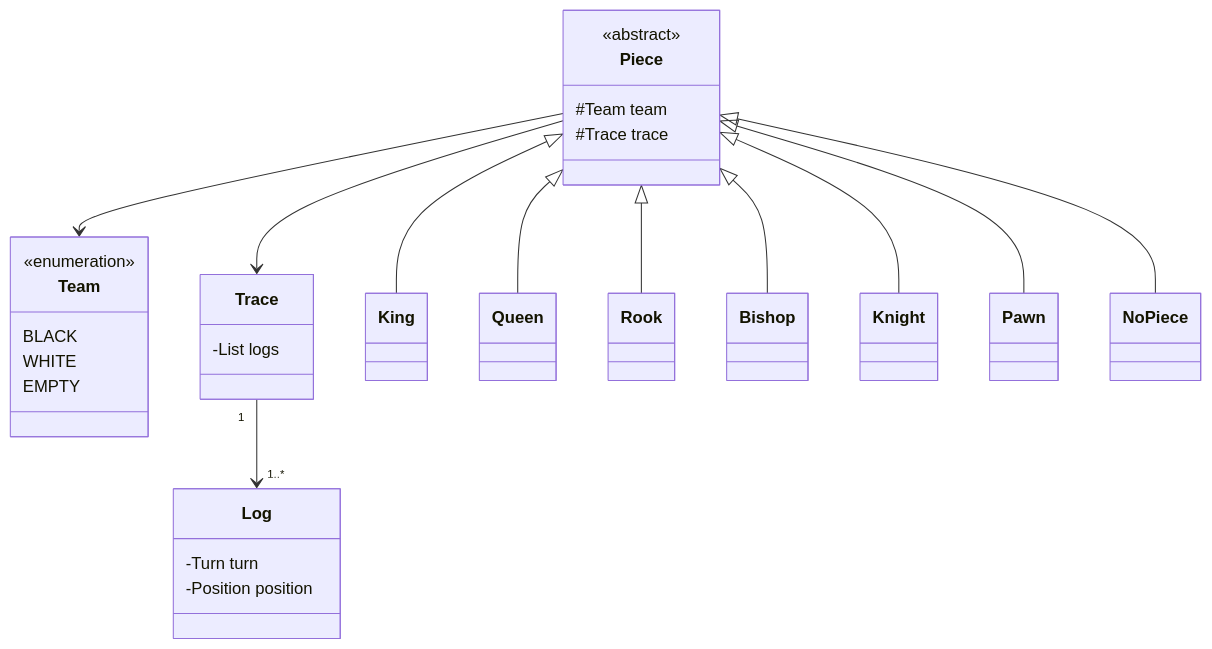
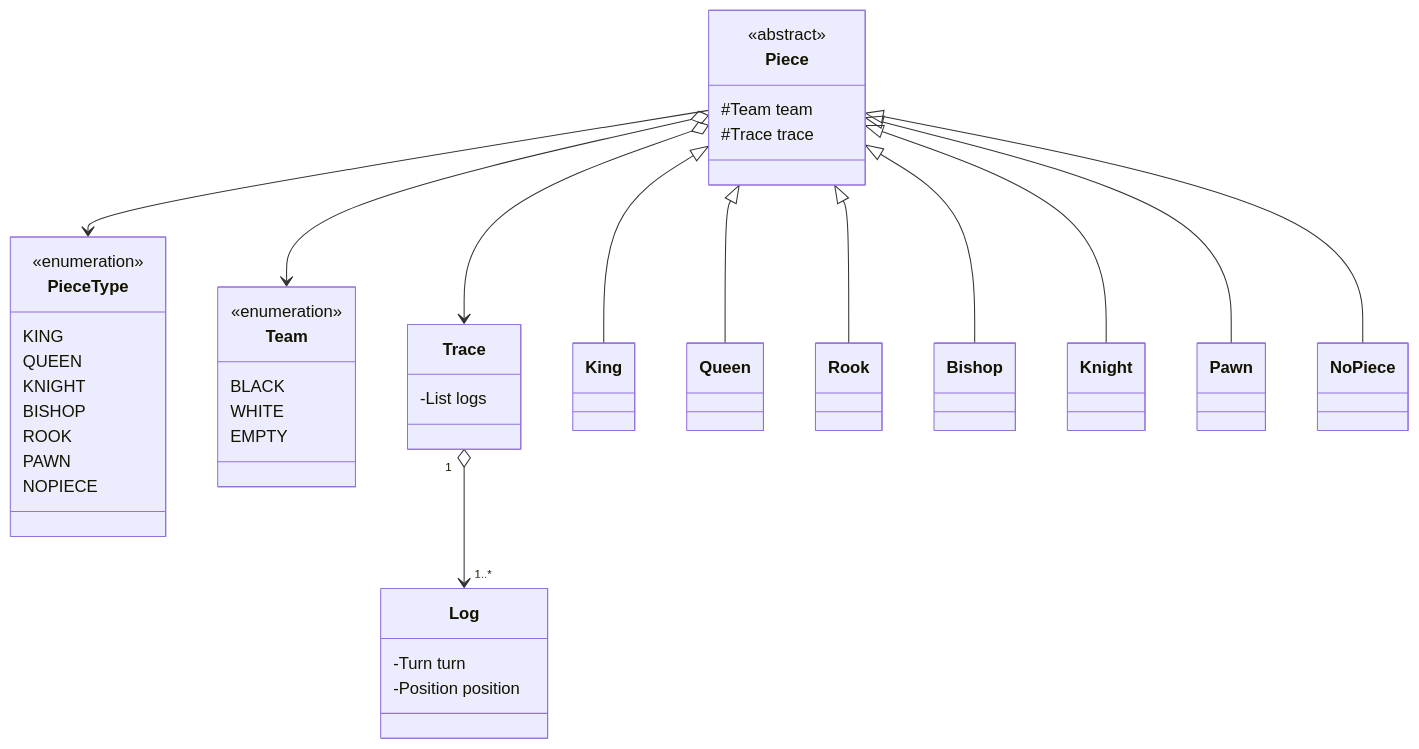
The fourth of 6 diagrams in docs/README.md (woowacourse/java-chess), drawn with Mermaid before and after one commit. The commit also changed other lines of this file, not shown here.

````diff
--- a/docs/README.md
+++ b/docs/README.md
@@ -178,44 +250,56 @@
 ```mermaid
 classDiagram
 
 class Piece{
   <<abstract>>
   #Team team
   #Trace trace
 }
 King 
 Queen
 Rook
 Bishop
 Knight
 Pawn
 NoPiece
+
+class PieceType{
+  <<enumeration>>
+  KING
+  QUEEN
+  KNIGHT
+  BISHOP
+  ROOK
+  PAWN
+  NOPIECE
+}
 
 class Team{
     <<enumeration>>
     BLACK
     WHITE
     EMPTY
 }
 
 class Trace{
     -List<Log> logs
 }
 class Log {
     -Turn turn
     -Position position
 }
 
 Piece<|--King
 Piece<|--Queen
 Piece<|--Rook
 Piece<|--Bishop
 Piece<|--Knight
 Piece<|--Pawn
 Piece<|--NoPiece
 
-Piece --> Team
-Piece --> Trace
-Trace"1"-->"1..*"Log
+Piece-->PieceType
+Piece o--> Team
+Piece o--> Trace
+Trace"1"o-->"1..*"Log
 
 ```
````
